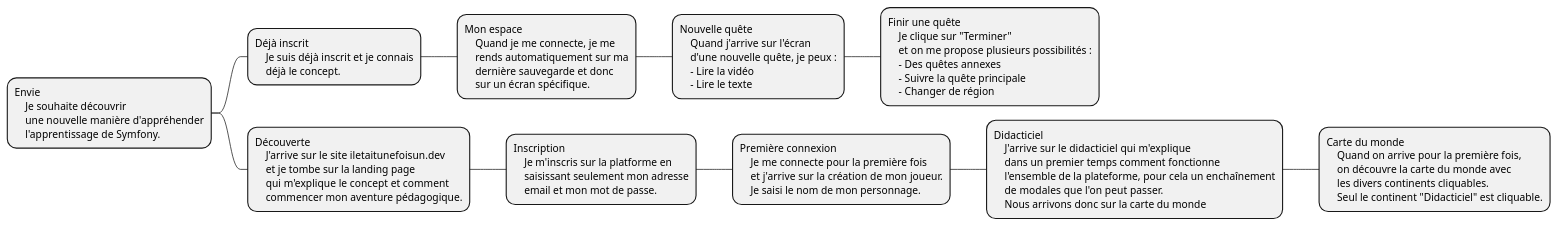
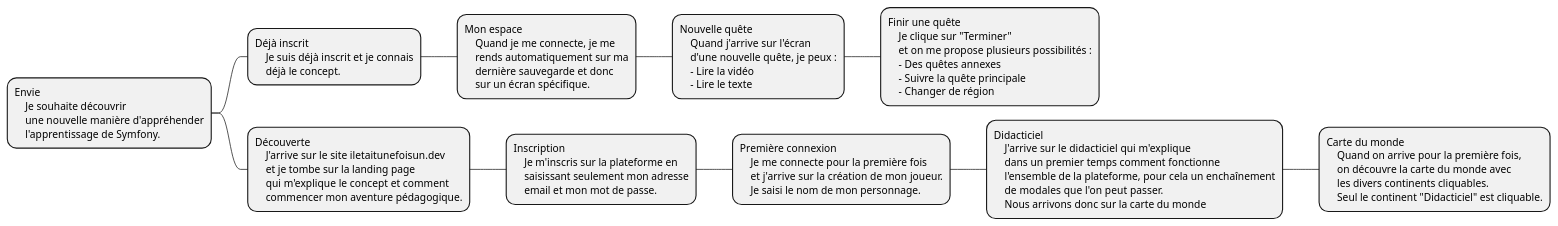
The diagram in docs/ux.puml (TBoileau/iletaitunefoisundev), drawn with PlantUML before and after one commit. The commit also changed 7 other files, not shown here.

```diff
--- a/docs/ux.puml
+++ b/docs/ux.puml
@@ -1,60 +1,60 @@
 @startmindmap
 
 *:Envie
     Je souhaite découvrir
     une nouvelle manière d'appréhender
     l'apprentissage de Symfony.;
 
 **:Déjà inscrit
     Je suis déjà inscrit et je connais
     déjà le concept.;
 
 ***:Mon espace
     Quand je me connecte, je me
     rends automatiquement sur ma
     dernière sauvegarde et donc
     sur un écran spécifique.;
 
 ****:Nouvelle quête
     Quand j'arrive sur l'écran
     d'une nouvelle quête, je peux :
     - Lire la vidéo
     - Lire le texte;
 
 *****:Finir une quête
     Je clique sur "Terminer"
     et on me propose plusieurs possibilités :
     - Des quêtes annexes
     - Suivre la quête principale
     - Changer de région;
 
 **:Découverte
     J'arrive sur le site iletaitunefoisun.dev
     et je tombe sur la landing page
     qui m'explique le concept et comment
     commencer mon aventure pédagogique.;
 
 ***:Inscription
-    Je m'inscris sur la platforme en
+    Je m'inscris sur la plateforme en
     saisissant seulement mon adresse
     email et mon mot de passe.;
 
 ****:Première connexion
     Je me connecte pour la première fois
     et j'arrive sur la création de mon joueur.
     Je saisi le nom de mon personnage.;
 
 *****:Didacticiel
     J'arrive sur le didacticiel qui m'explique
     dans un premier temps comment fonctionne
     l'ensemble de la plateforme, pour cela un enchaînement
     de modales que l'on peut passer.
     Nous arrivons donc sur la carte du monde;
 
 ******:Carte du monde
     Quand on arrive pour la première fois,
     on découvre la carte du monde avec
     les divers continents cliquables.
     Seul le continent "Didacticiel" est cliquable.;
 
 @endmindmap
```
